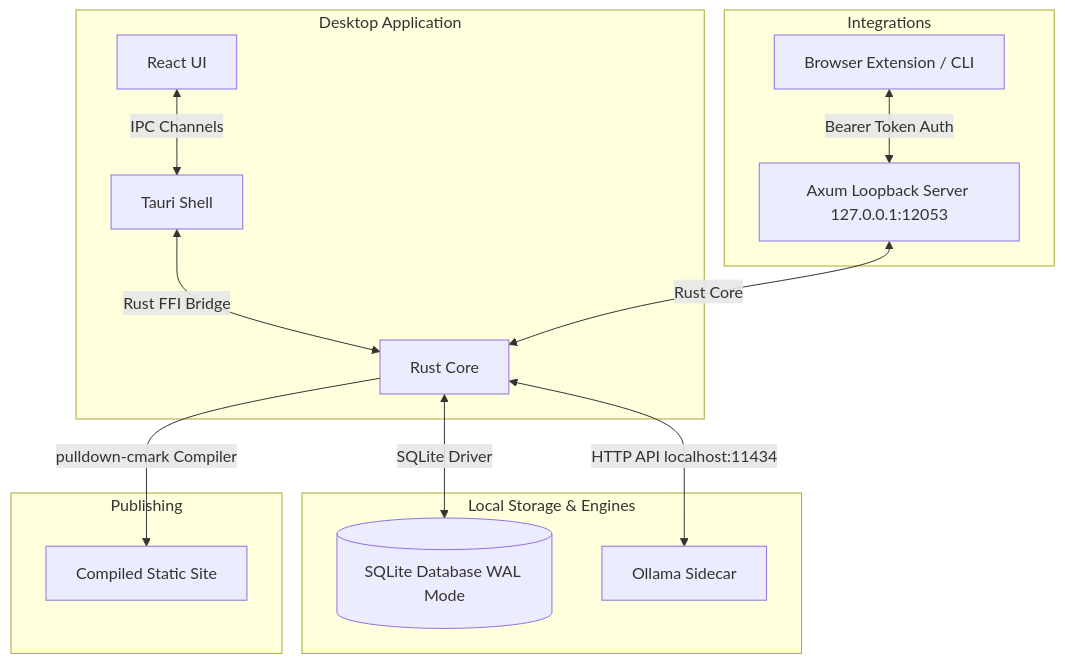
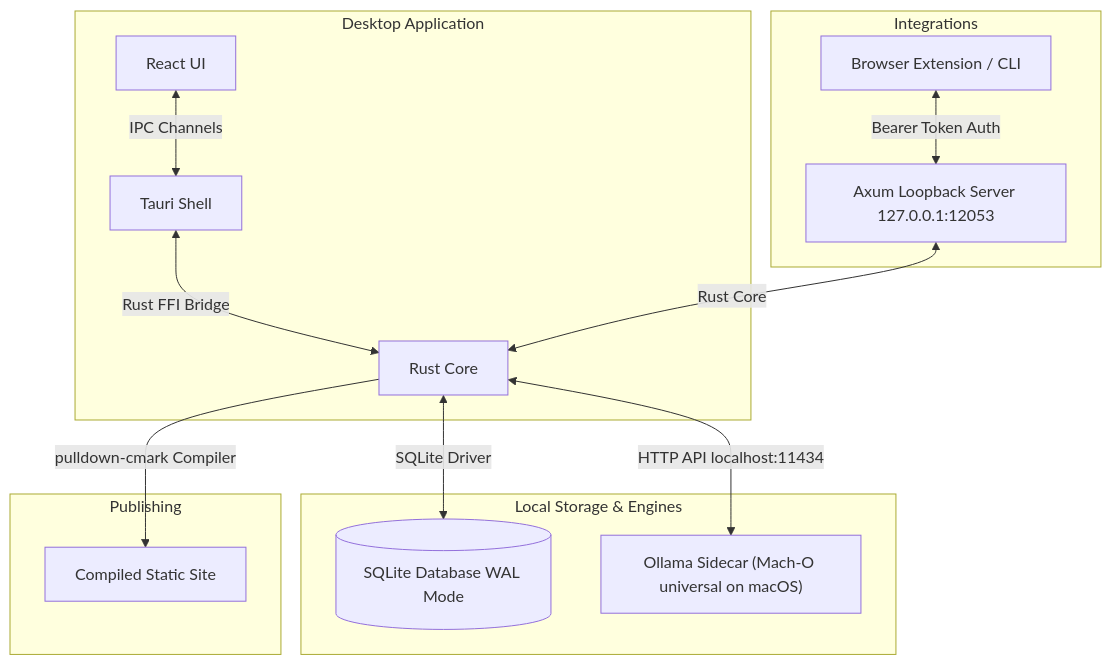
One commit to scottconverse/CivicNewspaper changed the first of 6 diagrams in docs/architecture.md. Above: the diagram before and after it, drawn with Mermaid.

Commit message:
fix(v0.2.2): WB-1 Update docs/architecture.md Mermaid diagram with universal binary info

````diff
--- a/docs/architecture.md
+++ b/docs/architecture.md
@@ -11,18 +11,18 @@
 ```mermaid
 graph TD
     subgraph Desktop Application
         ReactUI[React UI] <-->|IPC Channels| TauriShell[Tauri Shell]
         TauriShell <-->|Rust FFI Bridge| RustCore[Rust Core]
     end
     subgraph Local Storage & Engines
         RustCore <-->|SQLite Driver| SQLite[(SQLite Database WAL Mode)]
-        RustCore <-->|HTTP API localhost:11434| Ollama[Ollama Sidecar]
+        RustCore <-->|HTTP API localhost:11434| Ollama["Ollama Sidecar (Mach-O universal on macOS)"]
     end
     subgraph Publishing
         RustCore -->|pulldown-cmark Compiler| CompiledSite[Compiled Static Site]
     end
     subgraph Integrations
         Loopback[Axum Loopback Server 127.0.0.1:12053] <-->|Rust Core| RustCore
         BrowserExt[Browser Extension / CLI] <-->|Bearer Token Auth| Loopback
     end
 ```
````
